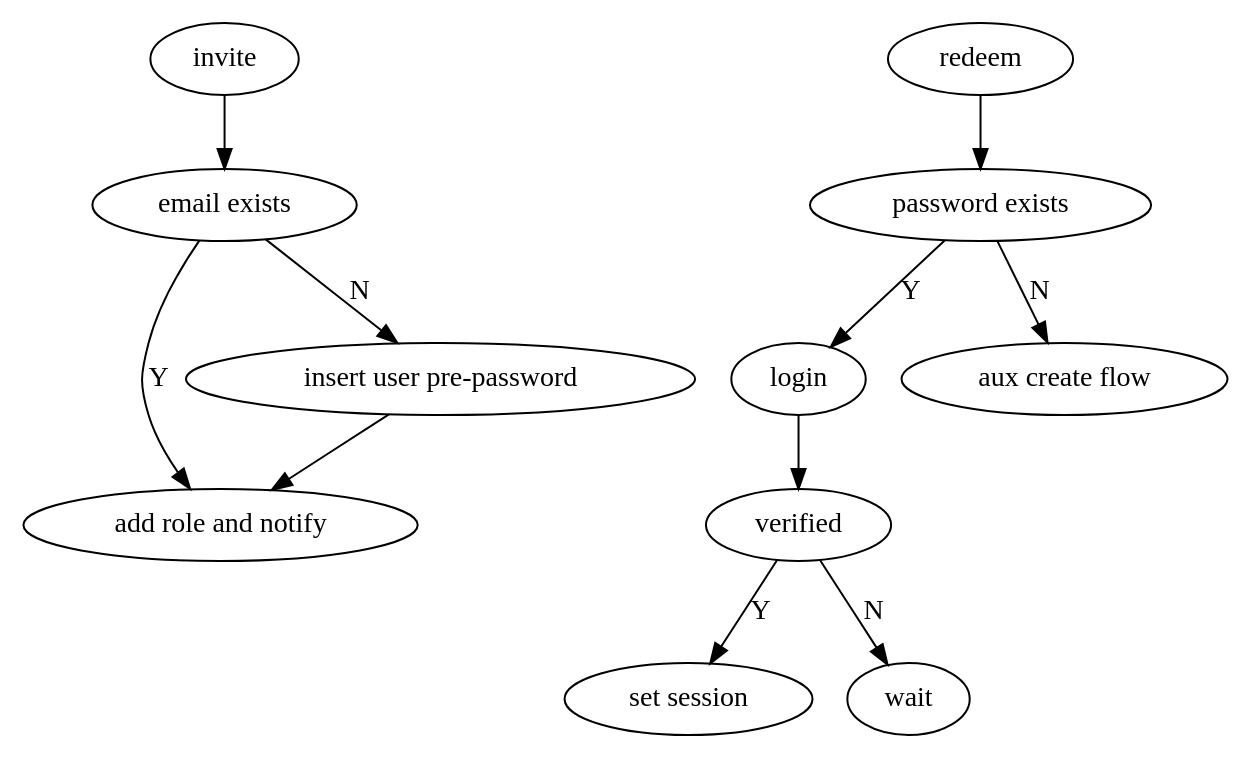
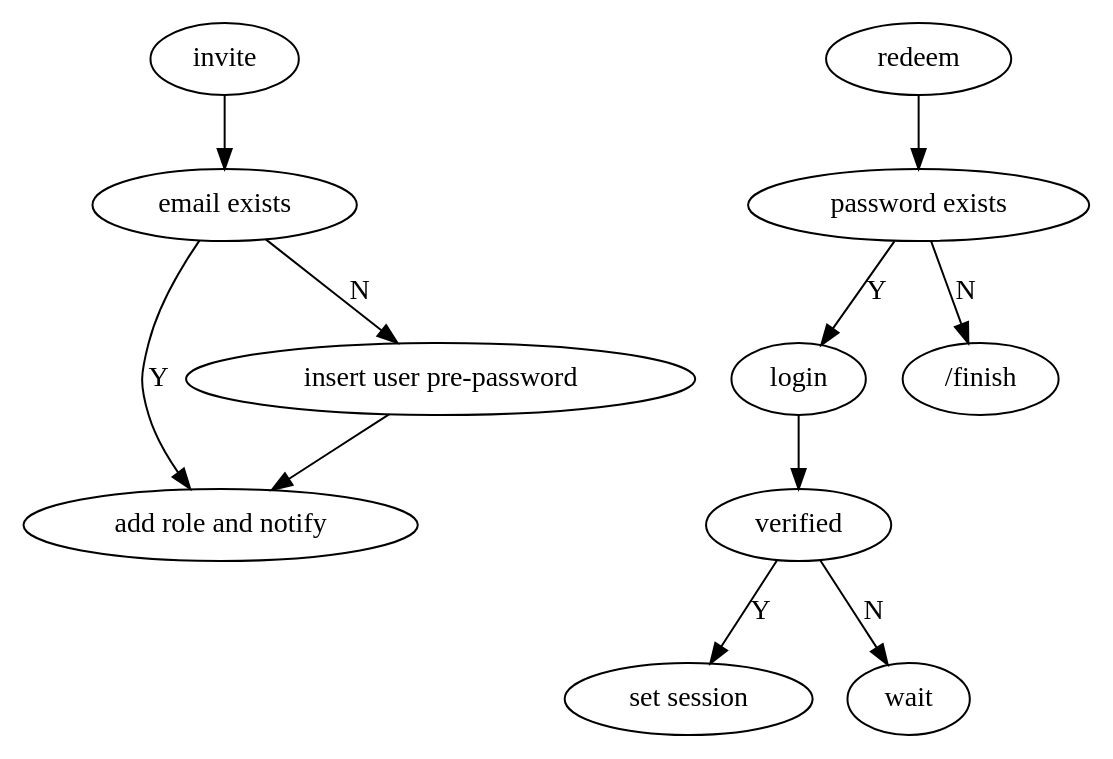
Before and after one commit to abe-winter/oflex: the diagram in invite-flow.dot, drawn with Graphviz.

Commit message:
update graph

```diff
--- a/invite-flow.dot
+++ b/invite-flow.dot
@@ -1,14 +1,14 @@
 digraph {
   invite -> "email exists"
   "email exists" -> "add role and notify" [label="Y"]
   "email exists" -> "insert user pre-password" [label="N"]
   "insert user pre-password" -> "add role and notify"
 
   login -> verified
   verified -> "set session" [label="Y"]
   verified -> wait [label="N"]
 
   redeem -> "password exists"
   "password exists" -> login [label="Y"]
-  "password exists" -> "aux create flow" [label="N"]
+  "password exists" -> "/finish" [label="N"]
 }
```
